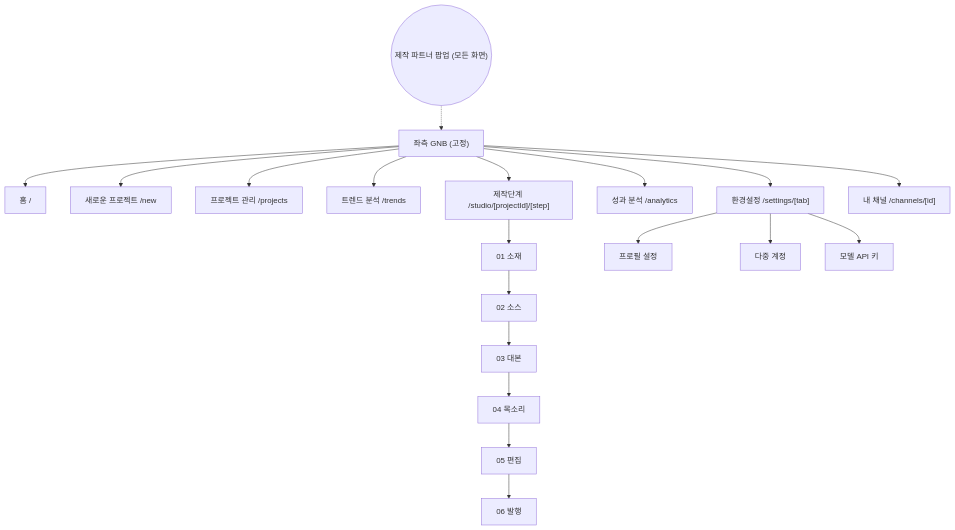
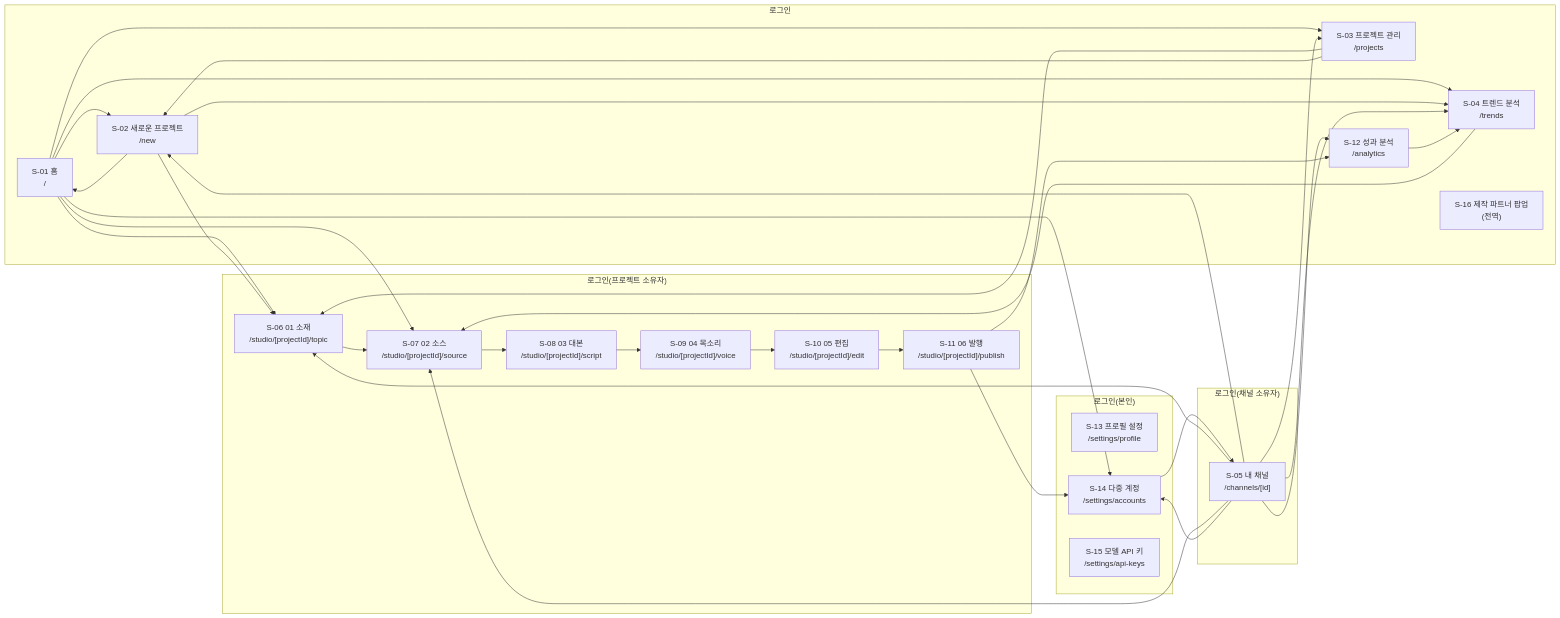
The diagram in docs/diagrams/sitemap.mmd (DevOps0906/Shopping-Shorts-Maker), drawn with Mermaid before and after one commit. The commit also changed 22 other files, not shown here.

```diff
--- a/docs/diagrams/sitemap.mmd
+++ b/docs/diagrams/sitemap.mmd
@@ -1,21 +1,53 @@
-flowchart TD
-  gnb["좌측 GNB (고정)"]
-  fab(("제작 파트너 팝업 (모든 화면)"))
-  gnb --> home["홈 /"]
-  gnb --> new["새로운 프로젝트 /new"]
-  gnb --> projects["프로젝트 관리 /projects"]
-  gnb --> trends["트렌드 분석 /trends"]
-  gnb --> studio["제작단계 /studio/[projectId]/[step]"]
-  gnb --> analytics["성과 분석 /analytics"]
-  gnb --> settings["환경설정 /settings/[tab]"]
-  gnb --> channels["내 채널 /channels/[id]"]
-  studio --> s1["01 소재"]
-  s1 --> s2["02 소스"]
-  s2 --> s3["03 대본"]
-  s3 --> s4["04 목소리"]
-  s4 --> s5["05 편집"]
-  s5 --> s6["06 발행"]
-  settings --> profile["프로필 설정"]
-  settings --> accounts["다중 계정"]
-  settings --> apikeys["모델 API 키"]
-  fab -.-> gnb
+flowchart LR
+  subgraph g0["로그인"]
+    n_S_01["S-01 홈<br/>/"]
+    n_S_02["S-02 새로운 프로젝트<br/>/new"]
+    n_S_03["S-03 프로젝트 관리<br/>/projects"]
+    n_S_04["S-04 트렌드 분석<br/>/trends"]
+    n_S_12["S-12 성과 분석<br/>/analytics"]
+    n_S_16["S-16 제작 파트너 팝업<br/>(전역)"]
+  end
+  subgraph g1["로그인(채널 소유자)"]
+    n_S_05["S-05 내 채널<br/>/channels/[id]"]
+  end
+  subgraph g2["로그인(프로젝트 소유자)"]
+    n_S_06["S-06 01 소재<br/>/studio/[projectId]/topic"]
+    n_S_07["S-07 02 소스<br/>/studio/[projectId]/source"]
+    n_S_08["S-08 03 대본<br/>/studio/[projectId]/script"]
+    n_S_09["S-09 04 목소리<br/>/studio/[projectId]/voice"]
+    n_S_10["S-10 05 편집<br/>/studio/[projectId]/edit"]
+    n_S_11["S-11 06 발행<br/>/studio/[projectId]/publish"]
+  end
+  subgraph g3["로그인(본인)"]
+    n_S_13["S-13 프로필 설정<br/>/settings/profile"]
+    n_S_14["S-14 다중 계정<br/>/settings/accounts"]
+    n_S_15["S-15 모델 API 키<br/>/settings/api-keys"]
+  end
+  n_S_01 --> n_S_02
+  n_S_01 --> n_S_03
+  n_S_01 --> n_S_04
+  n_S_01 --> n_S_06
+  n_S_01 --> n_S_07
+  n_S_01 --> n_S_14
+  n_S_02 --> n_S_06
+  n_S_02 --> n_S_04
+  n_S_02 --> n_S_01
+  n_S_03 --> n_S_06
+  n_S_03 --> n_S_02
+  n_S_04 --> n_S_07
+  n_S_05 --> n_S_02
+  n_S_05 --> n_S_03
+  n_S_05 --> n_S_04
+  n_S_05 --> n_S_06
+  n_S_05 --> n_S_07
+  n_S_05 --> n_S_12
+  n_S_05 --> n_S_14
+  n_S_06 --> n_S_07
+  n_S_07 --> n_S_08
+  n_S_08 --> n_S_09
+  n_S_09 --> n_S_10
+  n_S_10 --> n_S_11
+  n_S_11 --> n_S_12
+  n_S_11 --> n_S_14
+  n_S_12 --> n_S_04
+  n_S_14 --> n_S_05
```
